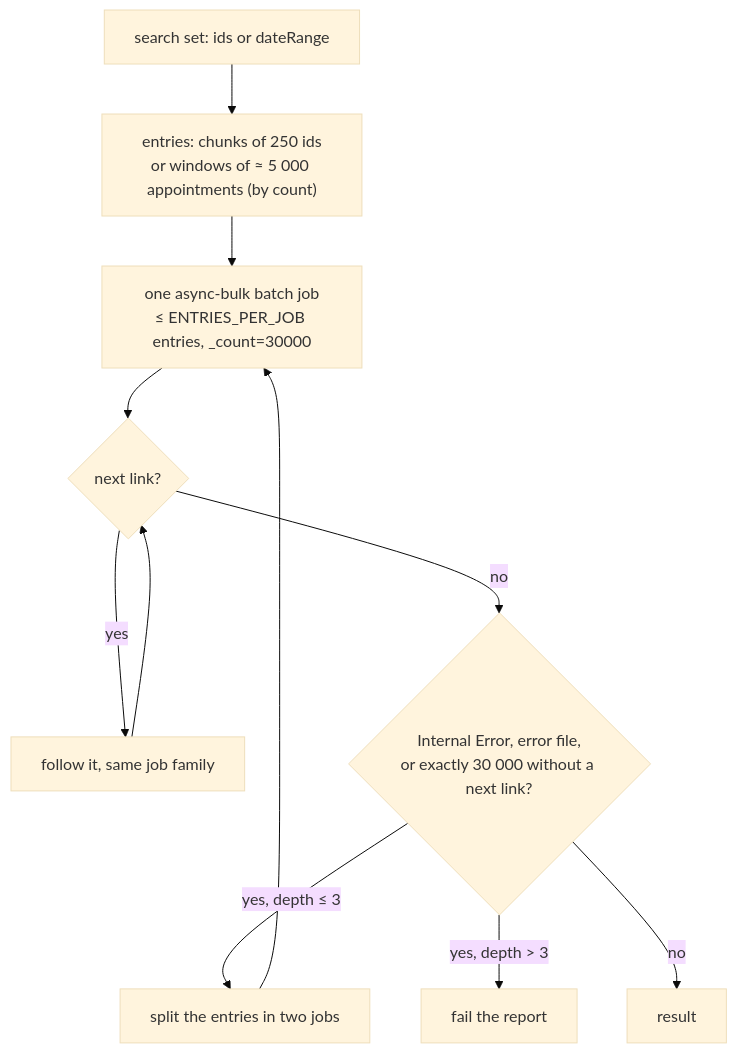
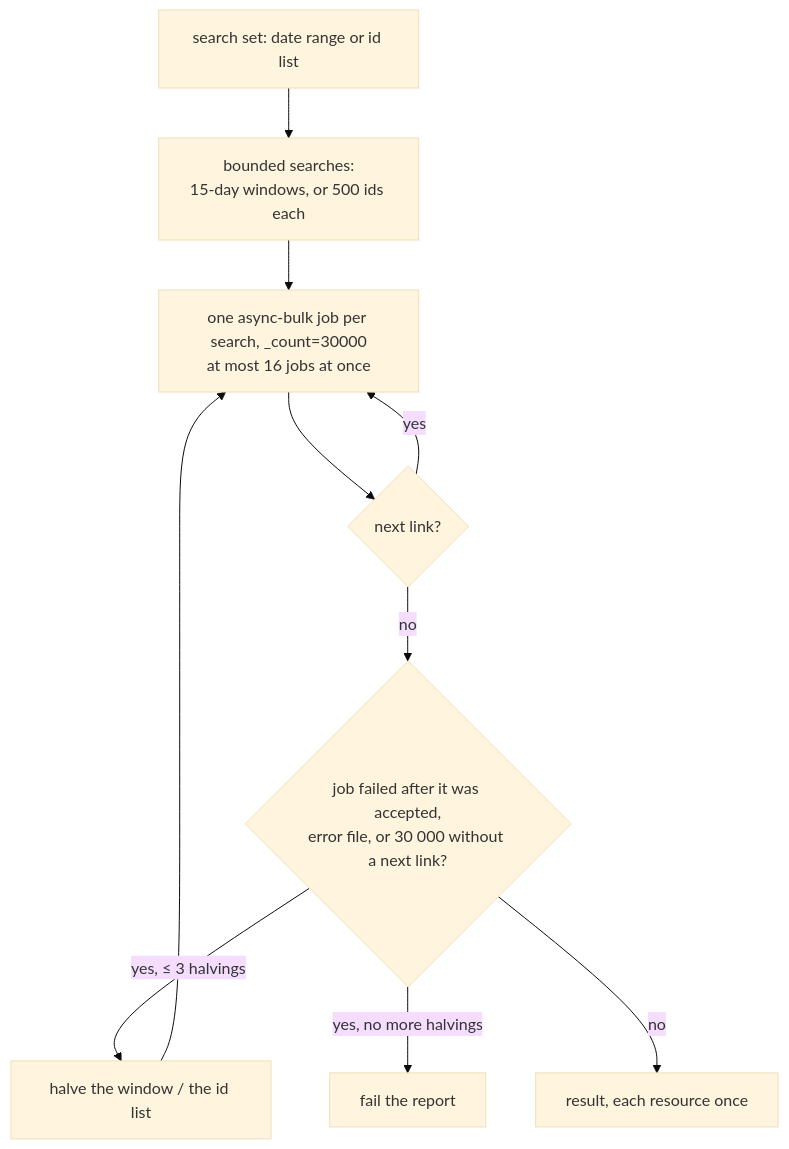
Before and after one commit to masslight/ottehr: the sixth of 7 diagrams in docs/adhoc-layer-graph.md, drawn with Mermaid (base theme). The commit also changed other lines of this file, not shown here.

Commit message:
docs(ad-hoc): rewrite the dev design to describe what was built; drop the batch-job plan, keep what was learned

````diff
--- a/docs/adhoc-layer-graph.md
+++ b/docs/adhoc-layer-graph.md
@@ -197,11 +192,11 @@
 ```mermaid
 flowchart TD
-  S[search set: ids or dateRange] --> E["entries: chunks of 250 ids<br/>or windows of ≈ 5 000 appointments (by count)"]
-  E --> J["one async-bulk batch job<br/>≤ ENTRIES_PER_JOB entries, _count=30000"]
+  S[search set: date range or id list] --> E["bounded searches:<br/>15-day windows, or 500 ids each"]
+  E --> J["one async-bulk job per search, _count=30000<br/>at most 16 jobs at once"]
   J --> NXT{next link?}
-  NXT -- yes --> J2[follow it, same job family] --> NXT
-  NXT -- no --> CHK{"Internal Error, error file,<br/>or exactly 30 000 without a next link?"}
-  CHK -- "yes, depth ≤ 3" --> SPL[split the entries in two jobs] --> J
-  CHK -- "yes, depth > 3" --> FAIL[fail the report]
-  CHK -- no --> OK[result]
+  NXT -- yes --> J
+  NXT -- no --> CHK{"job failed after it was accepted,<br/>error file, or 30 000 without a next link?"}
+  CHK -- "yes, ≤ 3 halvings" --> SPL[halve the window / the id list] --> J
+  CHK -- "yes, no more halvings" --> FAIL[fail the report]
+  CHK -- no --> OK[result, each resource once]
 ```
````
